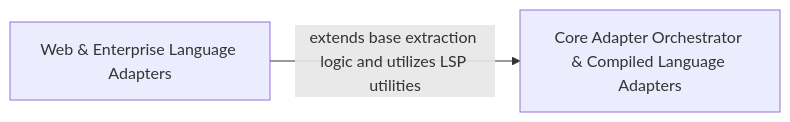
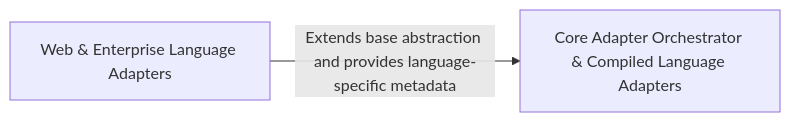
One commit to CodeBoarding/CodeBoarding changed the diagram in .codeboarding/Language_Server_Protocol_LSP_Adapter_Registry.md. Above: the diagram before and after it, drawn with Mermaid. The commit also changed other lines of this file and 11 other files, not shown here.

Commit message:
chore(codeboarding): sync architecture baseline

````diff
--- a/.codeboarding/Language_Server_Protocol_LSP_Adapter_Registry.md
+++ b/.codeboarding/Language_Server_Protocol_LSP_Adapter_Registry.md
@@ -1,8 +1,8 @@
 ```mermaid
 graph LR
     Core_Adapter_Orchestrator_Compiled_Language_Adapters["Core Adapter Orchestrator & Compiled Language Adapters"]
     Web_Enterprise_Language_Adapters["Web & Enterprise Language Adapters"]
-    Web_Enterprise_Language_Adapters -- "extends base extraction logic and utilizes LSP utilities" --> Core_Adapter_Orchestrator_Compiled_Language_Adapters
+    Web_Enterprise_Language_Adapters -- "Extends base abstraction and provides language-specific metadata" --> Core_Adapter_Orchestrator_Compiled_Language_Adapters
     click Core_Adapter_Orchestrator_Compiled_Language_Adapters href "https://github.com/CodeBoarding/CodeBoarding/blob/main/.codeboarding/Core_Adapter_Orchestrator_Compiled_Language_Adapters.md" "Details"
     click Web_Enterprise_Language_Adapters href "https://github.com/CodeBoarding/CodeBoarding/blob/main/.codeboarding/Web_Enterprise_Language_Adapters.md" "Details"
 ```
````
